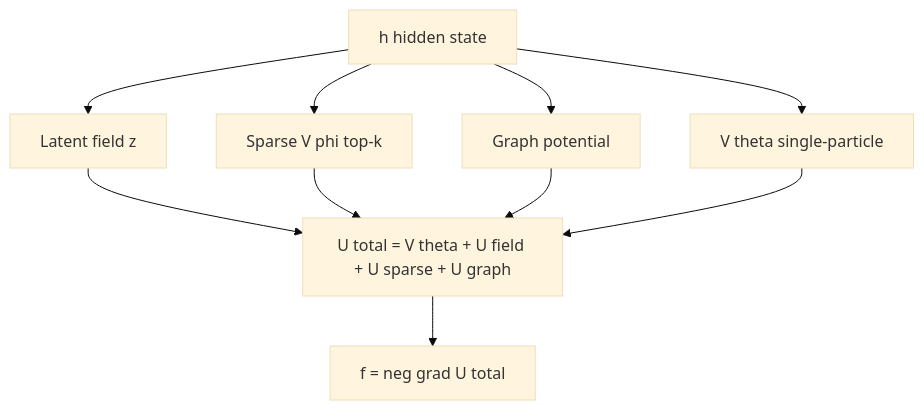
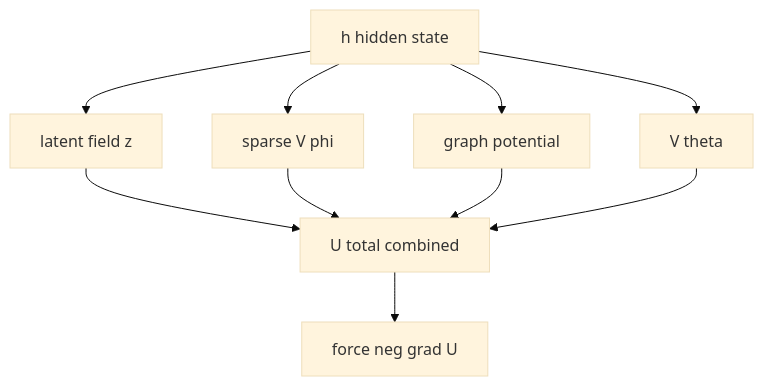
The fourth of 5 diagrams in companion_notes/Context_Mixing_Mechanisms_in_the_Conservative_Framework.md (dimitarpg13/semsimula-paper), drawn with Mermaid (base theme) before and after one commit. The commit also changed other lines of this file, not shown here.

````diff
--- a/companion_notes/Context_Mixing_Mechanisms_in_the_Conservative_Framework.md
+++ b/companion_notes/Context_Mixing_Mechanisms_in_the_Conservative_Framework.md
@@ -875,20 +875,20 @@
 ```mermaid
 flowchart TB
     H["h hidden state"]
-    FIELD["Latent field z"]
-    SPARSE["Sparse V phi top-k"]
-    GRAPH["Graph potential"]
-    VT["V theta single-particle"]
-    UTOT["U total = V theta + U field + U sparse + U graph"]
-    FRC["f = neg grad U total"]
+    FIELD["latent field z"]
+    SPARSE["sparse V phi"]
+    GRAPH["graph potential"]
+    VT["V theta"]
+    UTOT["U total combined"]
+    FRC["force neg grad U"]
 
     H --> FIELD
     H --> SPARSE
     H --> GRAPH
     H --> VT
     FIELD --> UTOT
     SPARSE --> UTOT
     GRAPH --> UTOT
     VT --> UTOT
     UTOT --> FRC
 ```
````
